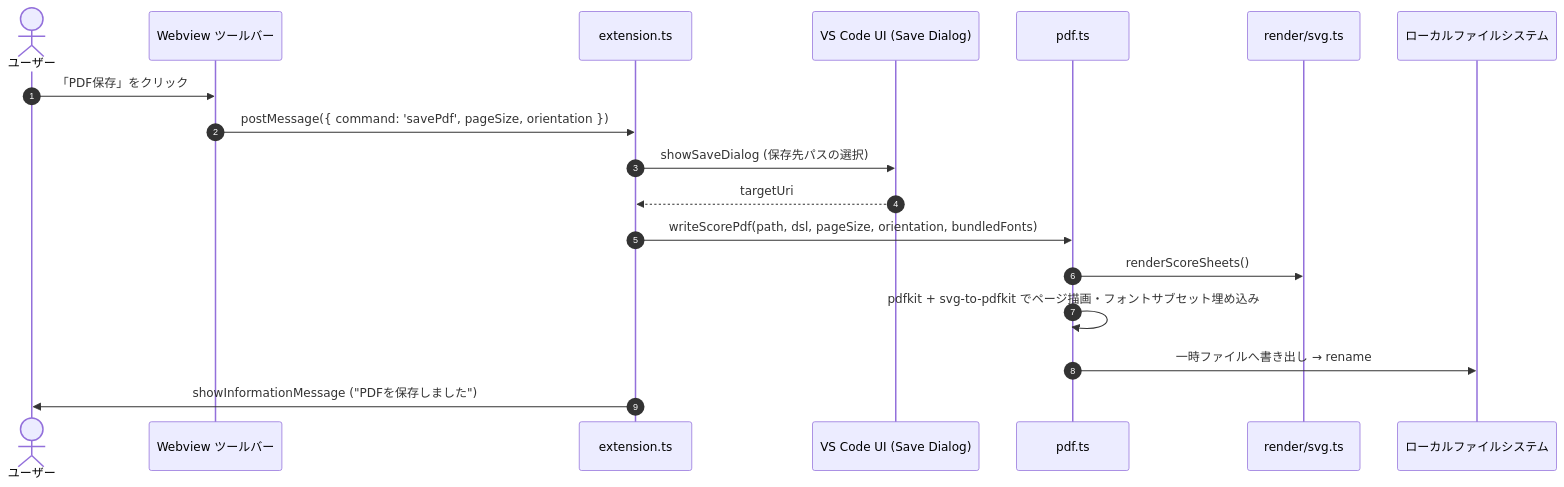
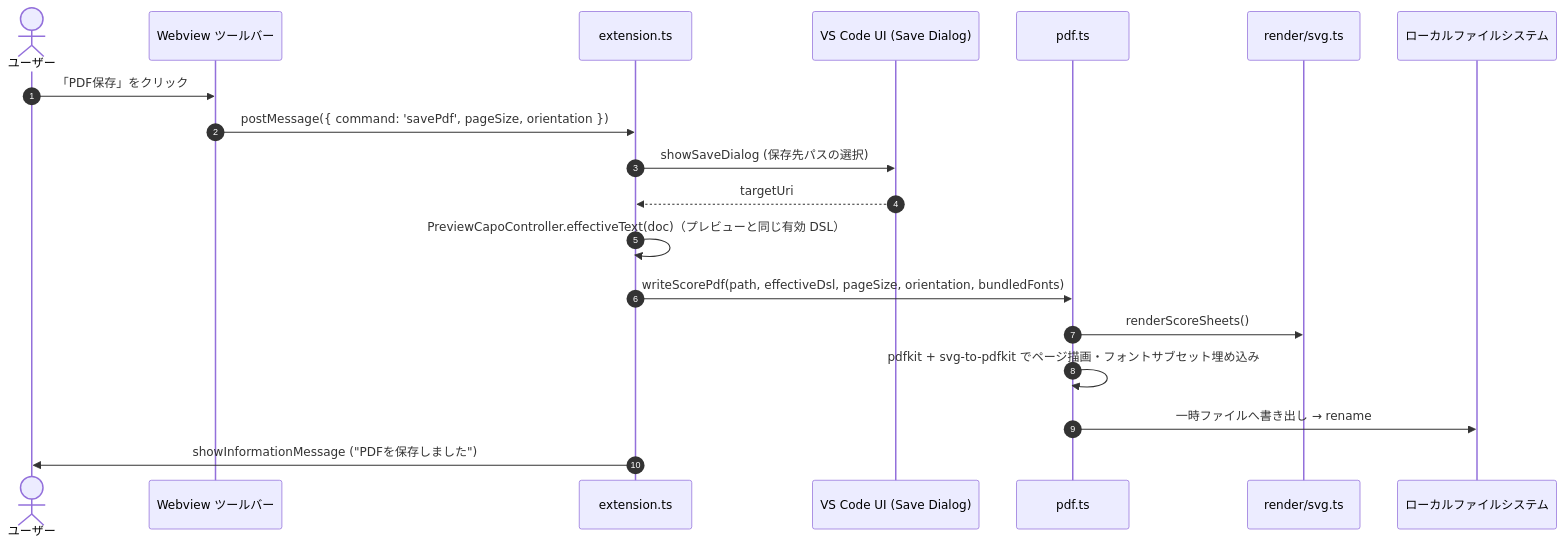
The third of 5 diagrams in docs/design/architecture.md (puchinya/vscode-guitar-dsl), drawn with Mermaid before and after one commit. The commit also changed other lines of this file and 17 other files, not shown here.

First line of the commit message:
feat: add reusable capo inference, score settings editor, and preview capo override (#62)

````diff
--- a/docs/design/architecture.md
+++ b/docs/design/architecture.md
@@ -298,21 +337,22 @@
 ```mermaid
 sequenceDiagram
     autonumber
     actor User as ユーザー
     participant WV as Webview ツールバー
     participant Ext as extension.ts
     participant Dialog as VS Code UI (Save Dialog)
     participant Pdf as pdf.ts
     participant Svg as render/svg.ts
     participant FS as ローカルファイルシステム
 
     User->>WV: 「PDF保存」をクリック
     WV->>Ext: postMessage({ command: 'savePdf', pageSize, orientation })
     Ext->>Dialog: showSaveDialog (保存先パスの選択)
     Dialog-->>Ext: targetUri
-    Ext->>Pdf: writeScorePdf(path, dsl, pageSize, orientation, bundledFonts)
+    Ext->>Ext: PreviewCapoController.effectiveText(doc)（プレビューと同じ有効 DSL）
+    Ext->>Pdf: writeScorePdf(path, effectiveDsl, pageSize, orientation, bundledFonts)
     Pdf->>Svg: renderScoreSheets()
     Pdf->>Pdf: pdfkit + svg-to-pdfkit でページ描画・フォントサブセット埋め込み
     Pdf->>FS: 一時ファイルへ書き出し → rename
     Ext->>User: showInformationMessage ("PDFを保存しました")
 ```
````
